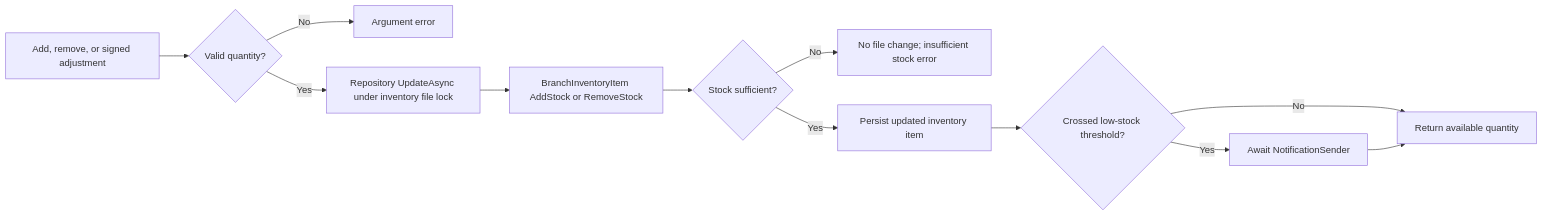
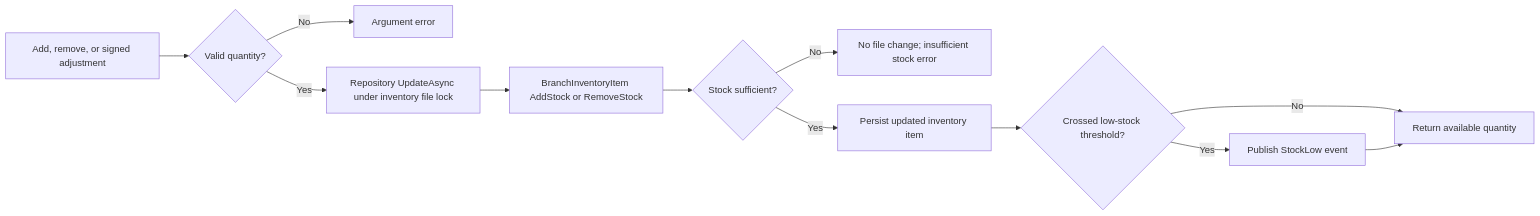
One commit to NarendraDappili/ApexPostLogisticsRepo changed diagram 13 of 32 in DESIGN.md. Above: the diagram before and after it, drawn with Mermaid. The commit also changed other lines of this file and 101 other files, not shown here.

````diff
--- a/DESIGN.md
+++ b/DESIGN.md
@@ -207,14 +206,14 @@
 ```mermaid
 flowchart LR
     Request[Add, remove, or signed adjustment] --> Validate{Valid quantity?}
     Validate -->|No| Reject[Argument error]
     Validate -->|Yes| Atomic[Repository UpdateAsync under inventory file lock]
     Atomic --> Domain[BranchInventoryItem AddStock or RemoveStock]
     Domain --> Enough{Stock sufficient?}
     Enough -->|No| Fail[No file change; insufficient stock error]
     Enough -->|Yes| Persist[Persist updated inventory item]
     Persist --> Threshold{Crossed low-stock threshold?}
-    Threshold -->|Yes| Notify[Await NotificationSender]
+    Threshold -->|Yes| Notify[Publish StockLow event]
     Threshold -->|No| Result[Return available quantity]
     Notify --> Result
 ```
````
